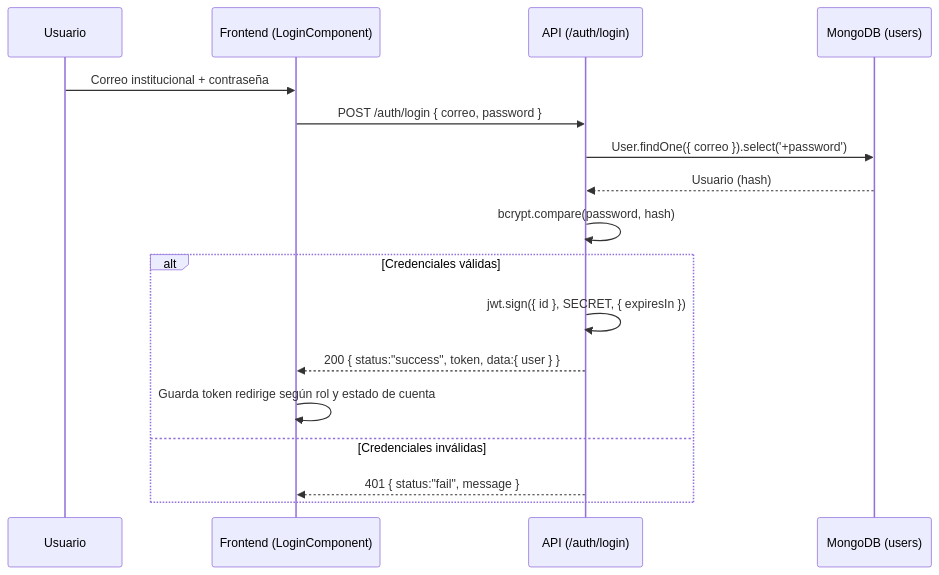
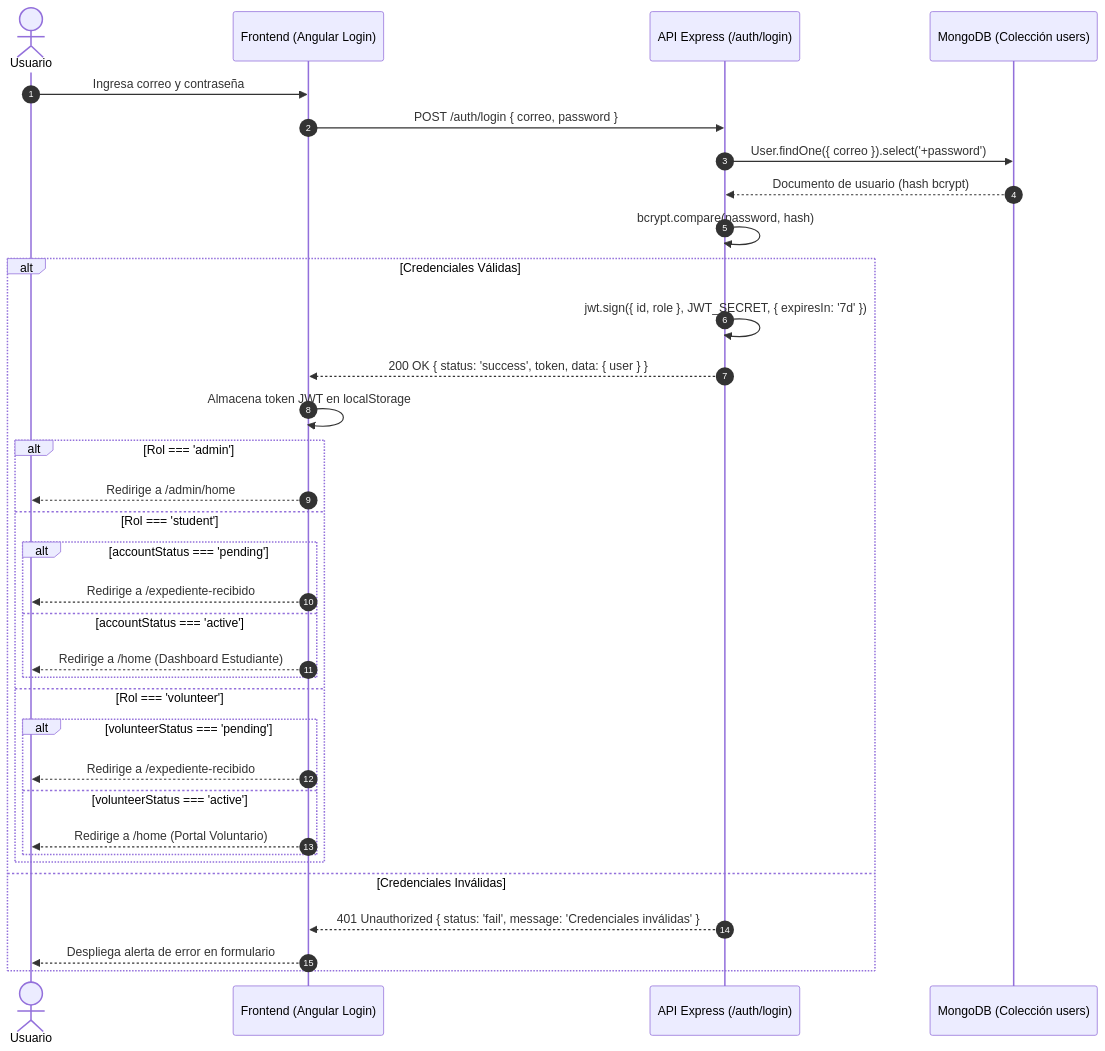
One commit to proyecto-web-abaq/documentation changed the first of 2 diagrams in docs/technical/auth-design.md. Above: the diagram before and after it, drawn with Mermaid. The commit also changed other lines of this file and 59 other files, not shown here.

````diff
--- a/docs/technical/auth-design.md
+++ b/docs/technical/auth-design.md
@@ -66,20 +72,38 @@
 ```mermaid
 sequenceDiagram
-    participant U as Usuario
-    participant F as Frontend (LoginComponent)
-    participant A as API (/auth/login)
-    participant DB as MongoDB (users)
+    autonumber
+    actor Usuario
+    participant Front as Frontend (Angular Login)
+    participant AuthAPI as API Express (/auth/login)
+    participant DB as MongoDB (Colección users)
 
-    U->>F: Correo institucional + contraseña
-    F->>A: POST /auth/login { correo, password }
-    A->>DB: User.findOne({ correo }).select('+password')
-    DB-->>A: Usuario (hash)
-    A->>A: bcrypt.compare(password, hash)
-    alt Credenciales válidas
-        A->>A: jwt.sign({ id }, SECRET, { expiresIn })
-        A-->>F: 200 { status:"success", token, data:{ user } }
-        F->>F: Guarda token redirige según rol y estado de cuenta
-    else Credenciales inválidas
-        A-->>F: 401 { status:"fail", message }
+    Usuario->>Front: Ingresa correo y contraseña
+    Front->>AuthAPI: POST /auth/login { correo, password }
+    AuthAPI->>DB: User.findOne({ correo }).select('+password')
+    DB-->>AuthAPI: Documento de usuario (hash bcrypt)
+    AuthAPI->>AuthAPI: bcrypt.compare(password, hash)
+    
+    alt Credenciales Válidas
+        AuthAPI->>AuthAPI: jwt.sign({ id, role }, JWT_SECRET, { expiresIn: '7d' })
+        AuthAPI-->>Front: 200 OK { status: 'success', token, data: { user } }
+        Front->>Front: Almacena token JWT en localStorage
+        alt Rol === 'admin'
+            Front-->>Usuario: Redirige a /admin/home
+        else Rol === 'student'
+            alt accountStatus === 'pending'
+                Front-->>Usuario: Redirige a /expediente-recibido
+            else accountStatus === 'active'
+                Front-->>Usuario: Redirige a /home (Dashboard Estudiante)
+            end
+        else Rol === 'volunteer'
+            alt volunteerStatus === 'pending'
+                Front-->>Usuario: Redirige a /expediente-recibido
+            else volunteerStatus === 'active'
+                Front-->>Usuario: Redirige a /home (Portal Voluntario)
+            end
+        end
+    else Credenciales Inválidas
+        AuthAPI-->>Front: 401 Unauthorized { status: 'fail', message: 'Credenciales inválidas' }
+        Front-->>Usuario: Despliega alerta de error en formulario
     end
 ```
````
